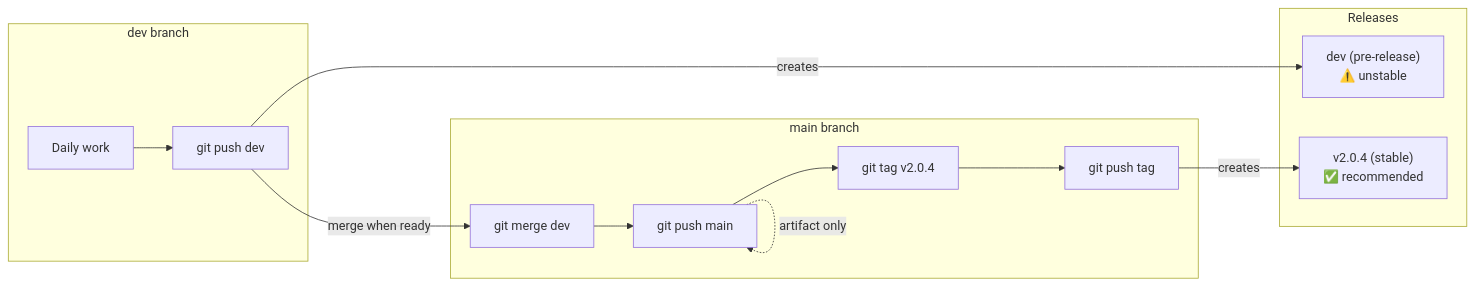
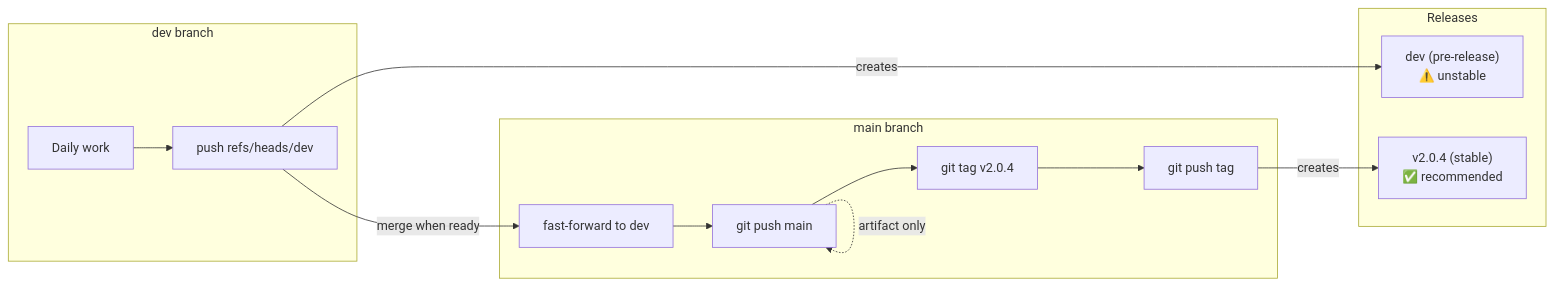
The diagram in README-dev.md (rbb-dev/Open-WebUI-OpenRouter-pipe), drawn with Mermaid before and after one commit. The commit also changed other lines of this file and 1 other file, not shown here.

Commit message:
ci: move the dev tag with each dev push, open a release's notes with the pending notes, and make README-dev's release steps name refs/heads/dev and list all four version locations

````diff
--- a/README-dev.md
+++ b/README-dev.md
@@ -64,22 +73,22 @@
 ```mermaid
 flowchart LR
     subgraph dev ["dev branch"]
-        D1[Daily work] --> D2[git push dev]
+        D1[Daily work] --> D2[push refs/heads/dev]
     end
 
     subgraph main ["main branch"]
-        M1[git merge dev] --> M2[git push main]
+        M1[fast-forward to dev] --> M2[git push main]
         M2 --> M3[git tag v2.0.4]
         M3 --> M4[git push tag]
     end
 
     subgraph releases ["Releases"]
         R1["dev (pre-release)<br/>⚠️ unstable"]
         R2["v2.0.4 (stable)<br/>✅ recommended"]
     end
 
     D2 -->|"creates"| R1
     D2 -->|"merge when ready"| M1
     M2 -.->|"artifact only"| M2
     M4 -->|"creates"| R2
 ```
````
